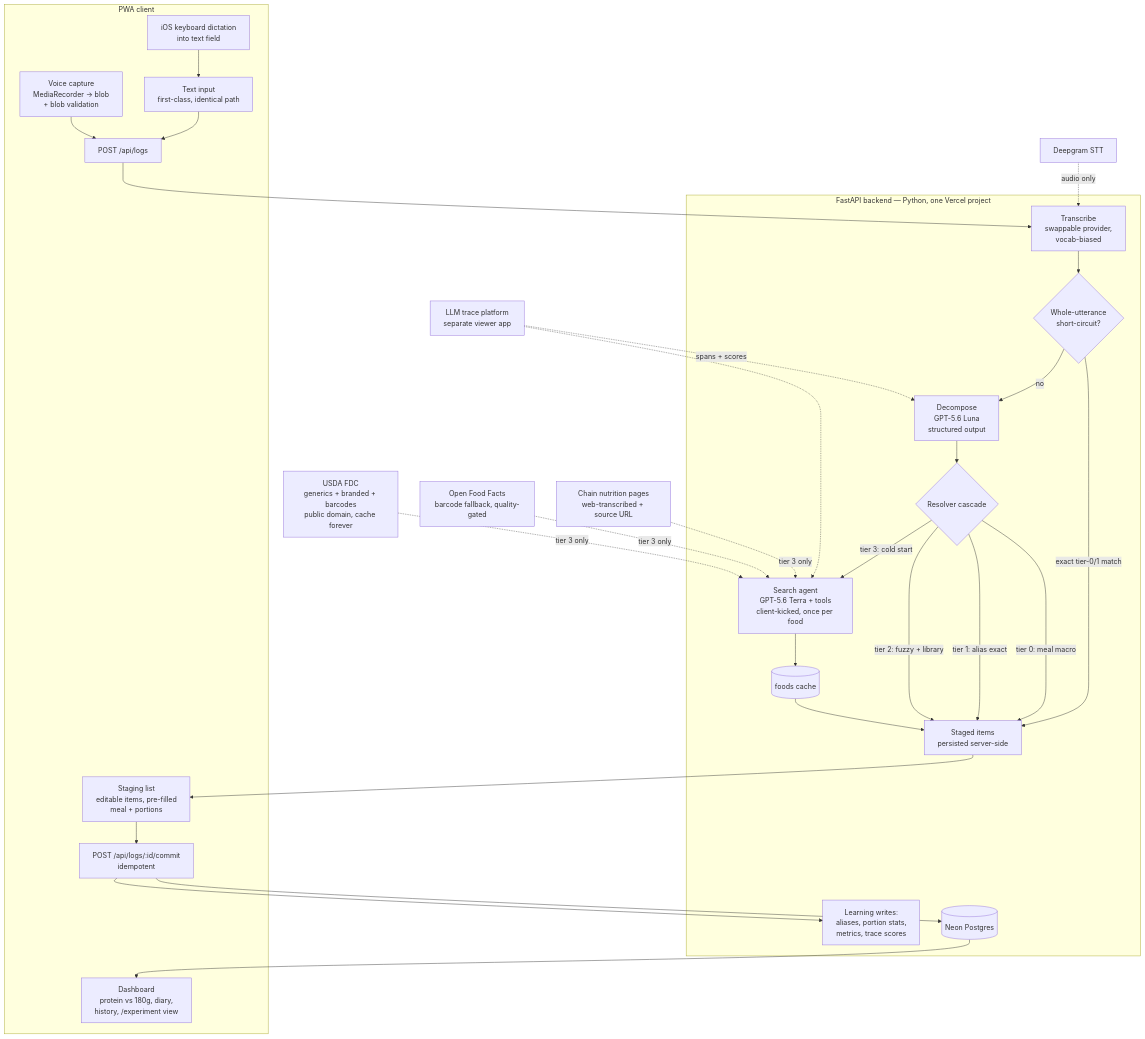
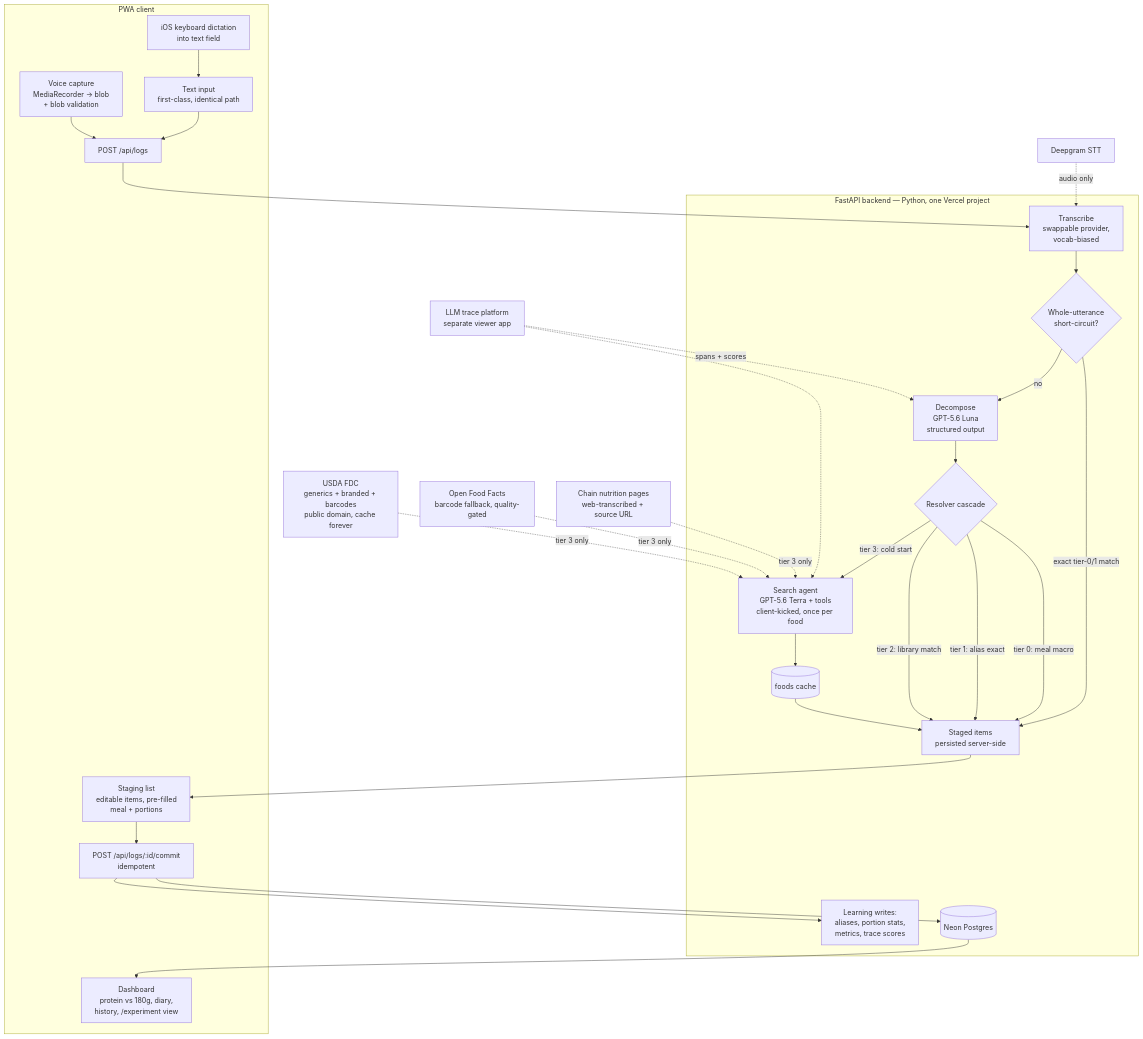
One commit to IdkwhatImD0ing/nutritiontracker changed the diagram in docs/DESIGN.md. Above: the diagram before and after it, drawn with Mermaid. The commit also changed other lines of this file and 10 other files, not shown here.

````diff
--- a/docs/DESIGN.md
+++ b/docs/DESIGN.md
@@ -82,37 +82,37 @@
 ```mermaid
 flowchart TD
     subgraph client [PWA client]
         MIC[Voice capture\nMediaRecorder → blob\n+ blob validation] --> UP
         DICT[iOS keyboard dictation\ninto text field] --> TXT
         TXT[Text input\nfirst-class, identical path] --> UP
         STG[Staging list\neditable items, pre-filled\nmeal + portions] --> COMMIT
         DASH[Dashboard\nprotein vs 180g, diary,\nhistory, /experiment view]
     end
 
     subgraph server [FastAPI backend — Python, one Vercel project]
         UP[POST /api/logs] --> STT
         STT[Transcribe\nswappable provider,\nvocab-biased] --> SC
         SC{Whole-utterance\nshort-circuit?}
         SC -- "exact tier-0/1 match" --> HIT
         SC -- no --> DEC
         DEC[Decompose\nGPT-5.6 Luna\nstructured output] --> RES
         RES{Resolver cascade}
         RES -- "tier 0: meal macro" --> HIT
         RES -- "tier 1: alias exact" --> HIT
-        RES -- "tier 2: fuzzy + library" --> HIT
+        RES -- "tier 2: library match" --> HIT
         RES -- "tier 3: cold start" --> AGENT
         AGENT[Search agent\nGPT-5.6 Terra + tools\nclient-kicked, once per food] --> CACHE
         CACHE[(foods cache)] --> HIT
         HIT[Staged items\npersisted server-side] --> STG
         COMMIT[POST /api/logs/:id/commit\nidempotent] --> DB[(Neon Postgres)]
         COMMIT --> LEARN[Learning writes:\naliases, portion stats,\nmetrics, trace scores]
         DB --> DASH
     end
 
     FDC[USDA FDC\ngenerics + branded + barcodes\npublic domain, cache forever] -.tier 3 only.-> AGENT
     OFF[Open Food Facts\nbarcode fallback, quality-gated] -.tier 3 only.-> AGENT
     WEB[Chain nutrition pages\nweb-transcribed + source URL] -.tier 3 only.-> AGENT
     STTP[Deepgram STT] -.audio only.-> STT
     TRACE[LLM trace platform\nseparate viewer app] -.spans + scores.-> DEC
     TRACE -.-> AGENT
 ```
````
